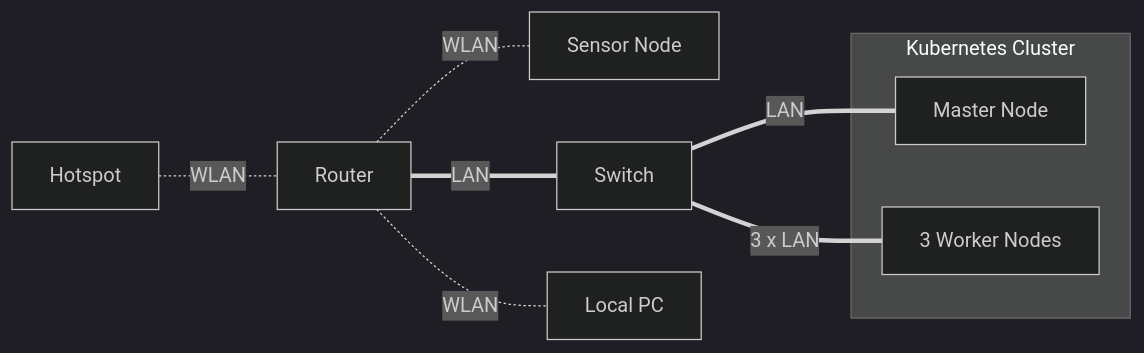
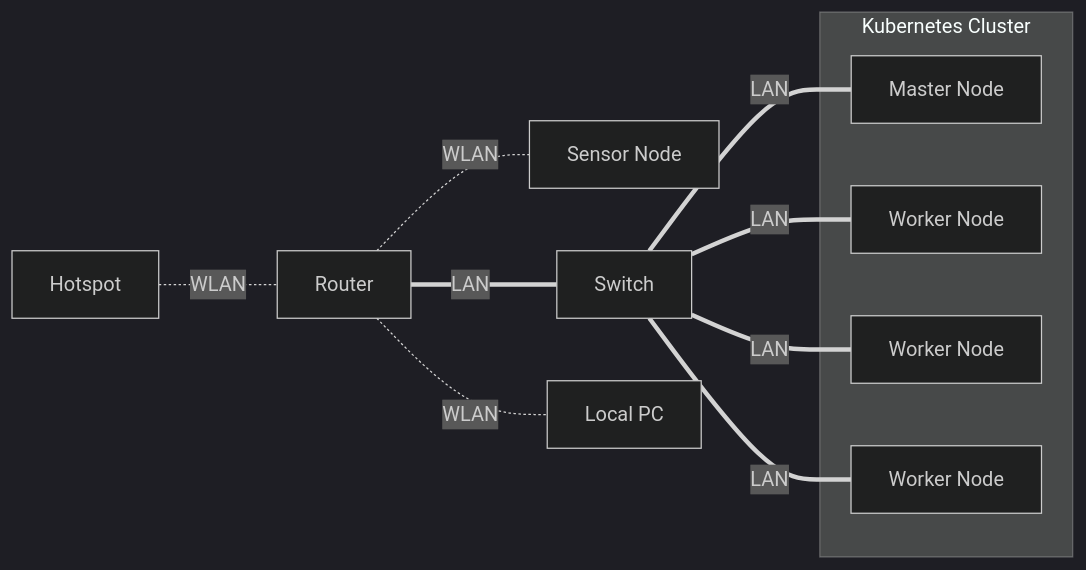
One commit to ccfrauasgr2/pet-detection changed the first of 3 diagrams in docs/Group_2_SS23_ProjectReport.md. Above: the diagram before and after it, drawn with Mermaid (dark theme). The commit also changed other lines of this file, not shown here.

````diff
--- a/docs/Group_2_SS23_ProjectReport.md
+++ b/docs/Group_2_SS23_ProjectReport.md
@@ -28,21 +28,25 @@
 ```mermaid
 flowchart LR
   hotspot[Hotspot]
   router[Router]
   sensornode[Sensor Node]
   switch[Switch]
 
 
 subgraph cluster[Kubernetes Cluster]
   master[Master Node]
-  worker[3 Worker Nodes]
+  worker1[Worker Node]
+  worker2[Worker Node]
+  worker3[Worker Node]
 end  
   
   localpc[Local PC]
 
   hotspot -. WLAN .- router ==LAN=== switch ==LAN=== master
-  switch ==3 x LAN=== worker
+  switch ==LAN=== worker1
+  switch ==LAN=== worker2
+  switch ==LAN=== worker3
   router -. WLAN .- localpc & sensornode
 
 
 ```
````
